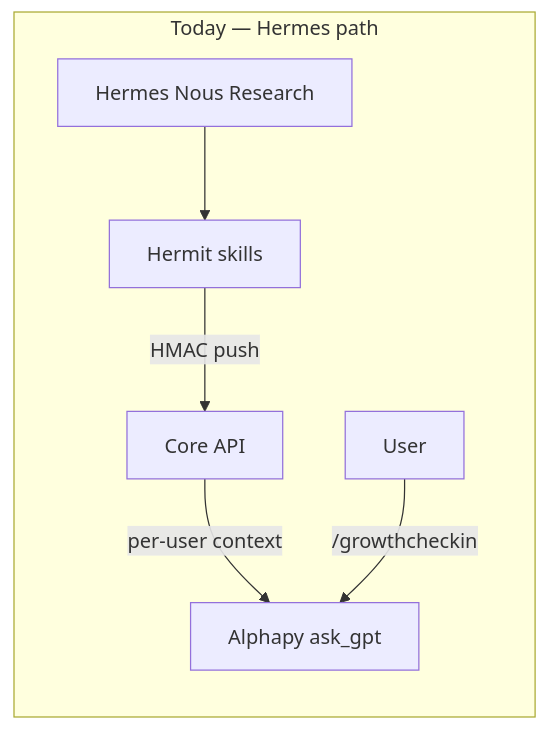
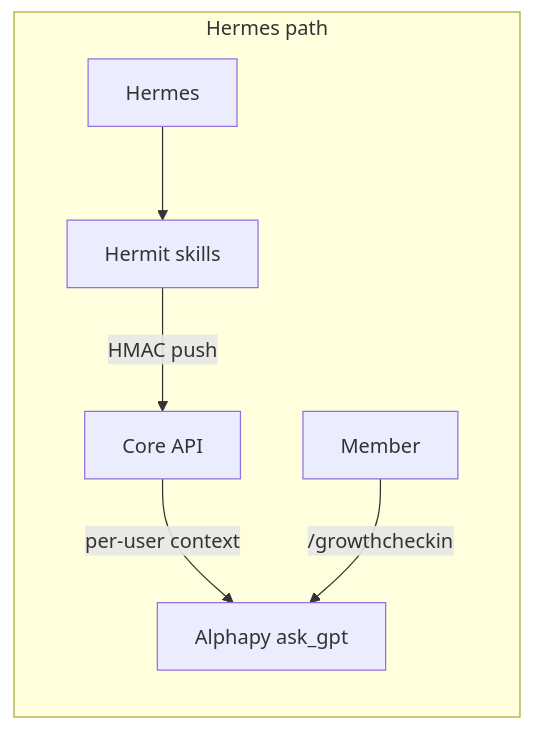
One commit to Innersync-tech/docs changed the diagram in src/content/docs/alphapy/alphapy-agents-architecture.md. Above: the diagram before and after it, drawn with Mermaid. The commit also changed other lines of this file and 14 other files, not shown here.

````diff
--- a/src/content/docs/alphapy/alphapy-agents-architecture.md
+++ b/src/content/docs/alphapy/alphapy-agents-architecture.md
@@ -27,9 +27,9 @@
 ```mermaid
 flowchart LR
-  subgraph today [Today — Hermes path]
-    Hermes[Hermes Nous Research] --> Hermit[Hermit skills]
+  subgraph hermes_path [Hermes path]
+    Hermes[Hermes] --> Hermit[Hermit skills]
     Hermit -->|HMAC push| Core[Core API]
     Core -->|per-user context| Alphapy[Alphapy ask_gpt]
-    User1[User] -->|/growthcheckin| Alphapy
+    User[Member] -->|/growthcheckin| Alphapy
   end
 ```
````
